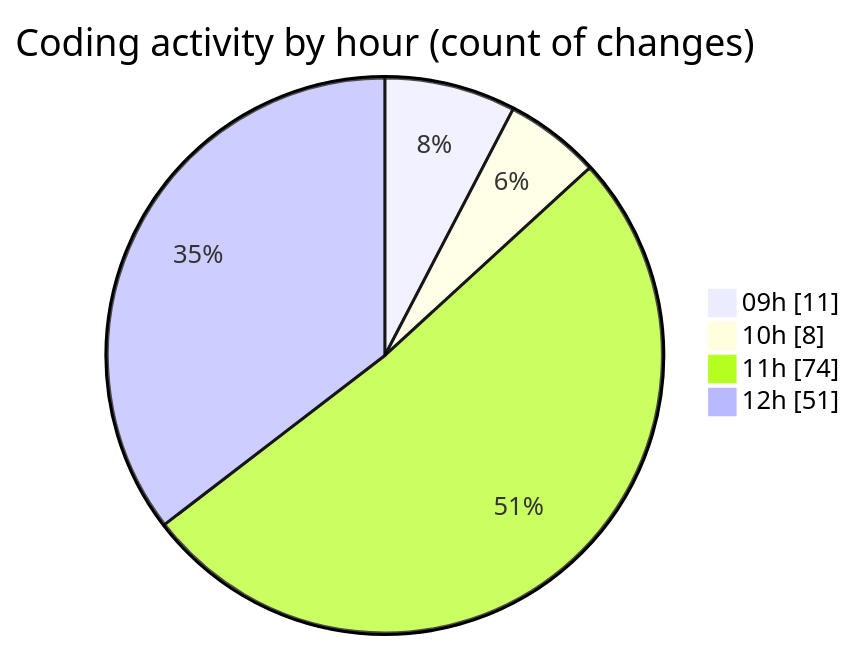
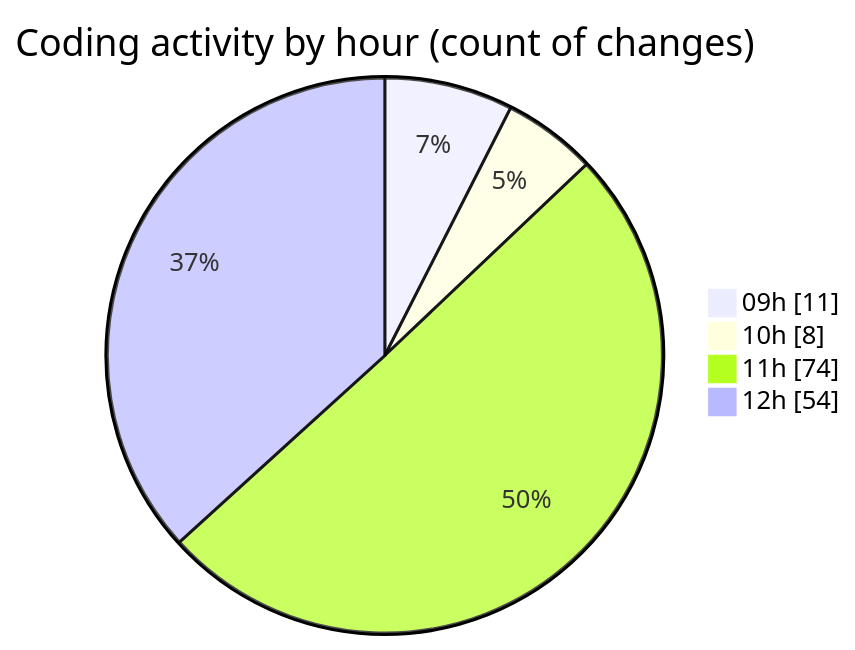
Before and after one commit to momahboobian/code-tracking: the second of 2 diagrams in 2025-10-30/cda/README.md, drawn with Mermaid. The commit also changed other lines of this file and 1 other file, not shown here.

````diff
--- a/2025-10-30/cda/README.md
+++ b/2025-10-30/cda/README.md
@@ -38,8 +38,8 @@
 ```mermaid
 pie showData
 title Coding activity by hour (count of changes)
 "09h" : 11
 "10h" : 8
 "11h" : 74
-"12h" : 51
+"12h" : 54
 ```
````
